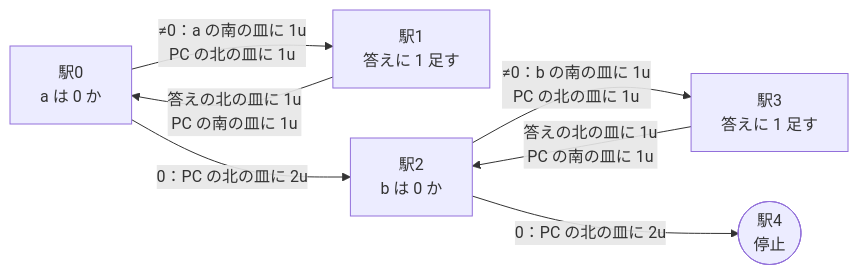
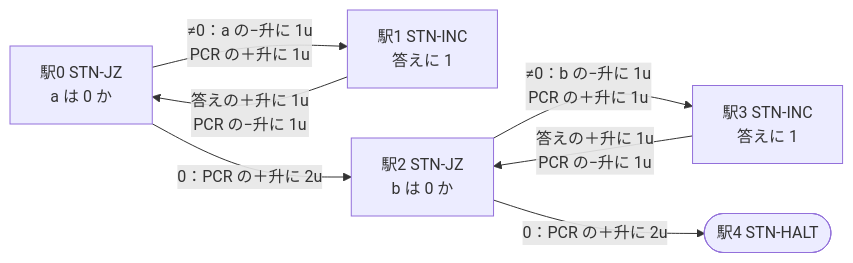
One commit to kuippa/Sakafune changed the second of 2 diagrams in design/10_fall-model.md. Above: the diagram before and after it, drawn with Mermaid. The commit also changed other lines of this file and 6 other files, not shown here.

````diff
--- a/design/10_fall-model.md
+++ b/design/10_fall-model.md
@@ -130,15 +145,15 @@
 ```mermaid
 flowchart LR
-  S0["駅0<br/>a は 0 か"]
-  S1["駅1<br/>答えに 1 足す"]
-  S2["駅2<br/>b は 0 か"]
-  S3["駅3<br/>答えに 1 足す"]
-  S4(["駅4<br/>停止"])
+  S0["駅0 STN-JZ<br/>a は 0 か"]
+  S1["駅1 STN-INC<br/>答えに 1"]
+  S2["駅2 STN-JZ<br/>b は 0 か"]
+  S3["駅3 STN-INC<br/>答えに 1"]
+  S4(["駅4 STN-HALT"])
 
-  S0 -->|"≠0：a の南の皿に 1u<br/>PC の北の皿に 1u"| S1
-  S1 -->|"答えの北の皿に 1u<br/>PC の南の皿に 1u"| S0
-  S0 -->|"0：PC の北の皿に 2u"| S2
-  S2 -->|"≠0：b の南の皿に 1u<br/>PC の北の皿に 1u"| S3
-  S3 -->|"答えの北の皿に 1u<br/>PC の南の皿に 1u"| S2
-  S2 -->|"0：PC の北の皿に 2u"| S4
+  S0 -->|"≠0：a の−升に 1u<br/>PCR の＋升に 1u"| S1
+  S1 -->|"答えの＋升に 1u<br/>PCR の−升に 1u"| S0
+  S0 -->|"0：PCR の＋升に 2u"| S2
+  S2 -->|"≠0：b の−升に 1u<br/>PCR の＋升に 1u"| S3
+  S3 -->|"答えの＋升に 1u<br/>PCR の−升に 1u"| S2
+  S2 -->|"0：PCR の＋升に 2u"| S4
 ```
````
